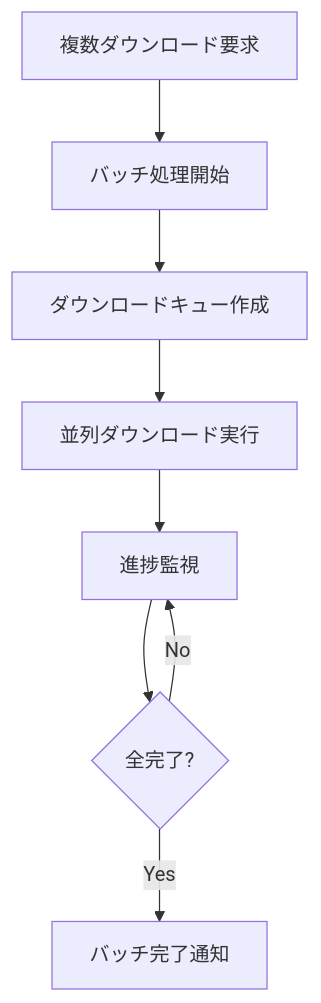
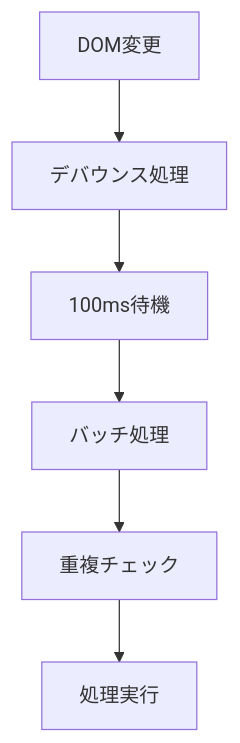
Before and after one commit to Hutaba-Makura/Comiketter: diagram 11 of 14 in docs/data-flow-diagram.md, drawn with Mermaid. The commit also changed other lines of this file and 5 other files, not shown here.

Commit message:
feat: データフロー図とER図を更新し、全体のデータフローとデータベース設計を明確化しました。また、実装環境ドキュメントを整備し、プロジェクト構造を詳細に記述しました。

````diff
--- a/docs/data-flow-diagram.md
+++ b/docs/data-flow-diagram.md
@@ -222,10 +238,8 @@
 ```mermaid
-flowchart TD
-    A[複数ダウンロード要求] --> B[バッチ処理開始]
-    B --> C[ダウンロードキュー作成]
-    C --> D[並列ダウンロード実行]
-    D --> E[進捗監視]
-    E --> F{全完了?}
-    F -->|No| E
-    F -->|Yes| G[バッチ完了通知]
+graph TD
+    A[DOM変更] --> B[デバウンス処理]
+    B --> C[100ms待機]
+    C --> D[バッチ処理]
+    D --> E[重複チェック]
+    E --> F[処理実行]
 ```
````
